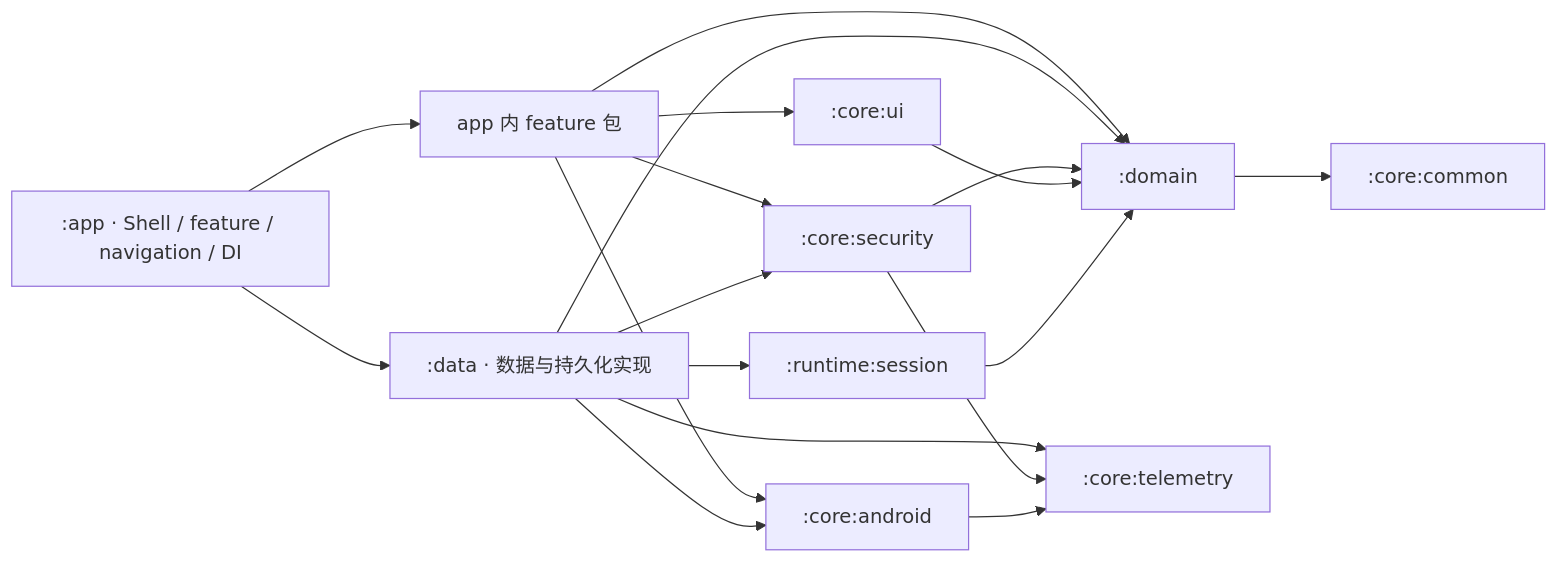
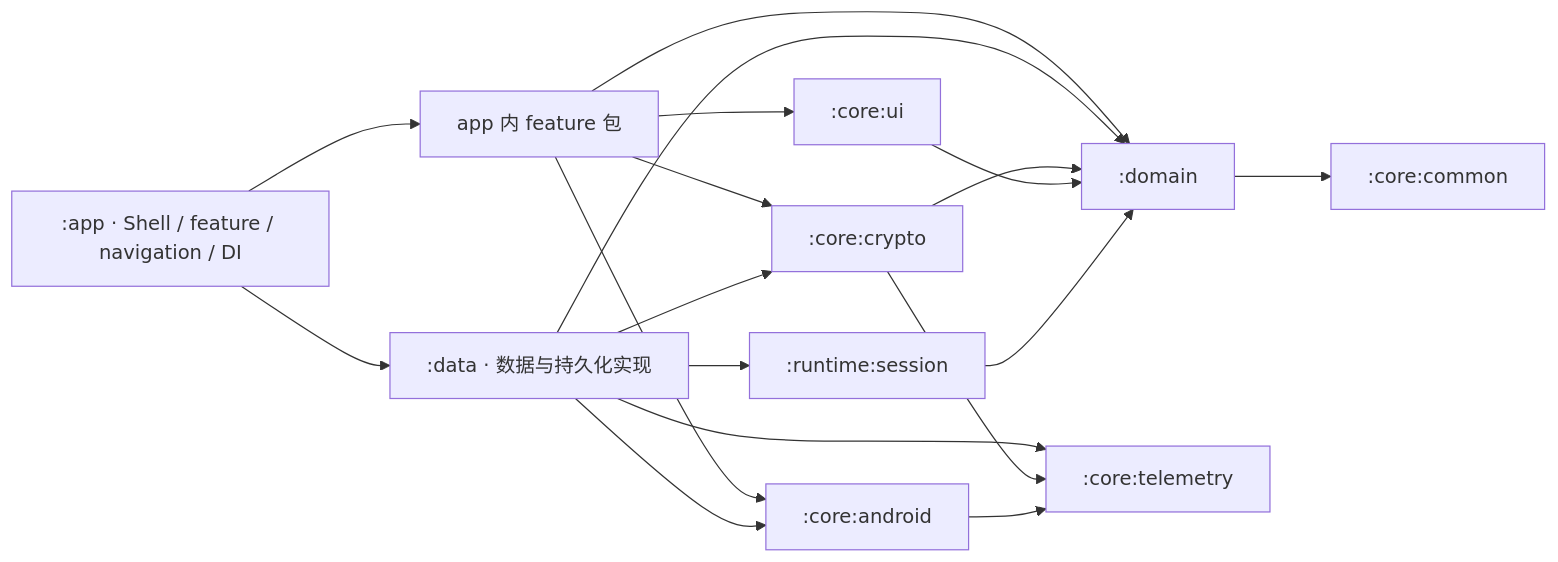
The first of 2 diagrams in docs/architecture/overview.md (aozijx/Passly), drawn with Mermaid before and after one commit. The commit also changed other lines of this file and 5 other files, not shown here.

Commit message:
docs(security): define authentication and crypto boundaries

````diff
--- a/docs/architecture/overview.md
+++ b/docs/architecture/overview.md
@@ -22,20 +23,20 @@
 ```mermaid
 flowchart LR
     APP[":app · Shell / feature / navigation / DI"] --> FEATURE["app 内 feature 包"]
     APP --> DATA[":data · 数据与持久化实现"]
     FEATURE --> UI[":core:ui"]
     FEATURE --> ANDROID[":core:android"]
-    FEATURE --> SECURITY[":core:security"]
+    FEATURE --> SECURITY[":core:crypto"]
     FEATURE --> D[":domain"]
     DATA --> SESSION[":runtime:session"]
     DATA --> ANDROID
     DATA --> SECURITY
     DATA --> TELEMETRY[":core:telemetry"]
     DATA --> D
     SECURITY --> TELEMETRY
     SECURITY --> D
     UI --> D
     ANDROID --> TELEMETRY
     SESSION --> D
     D --> COMMON[":core:common"]
 ```
````
